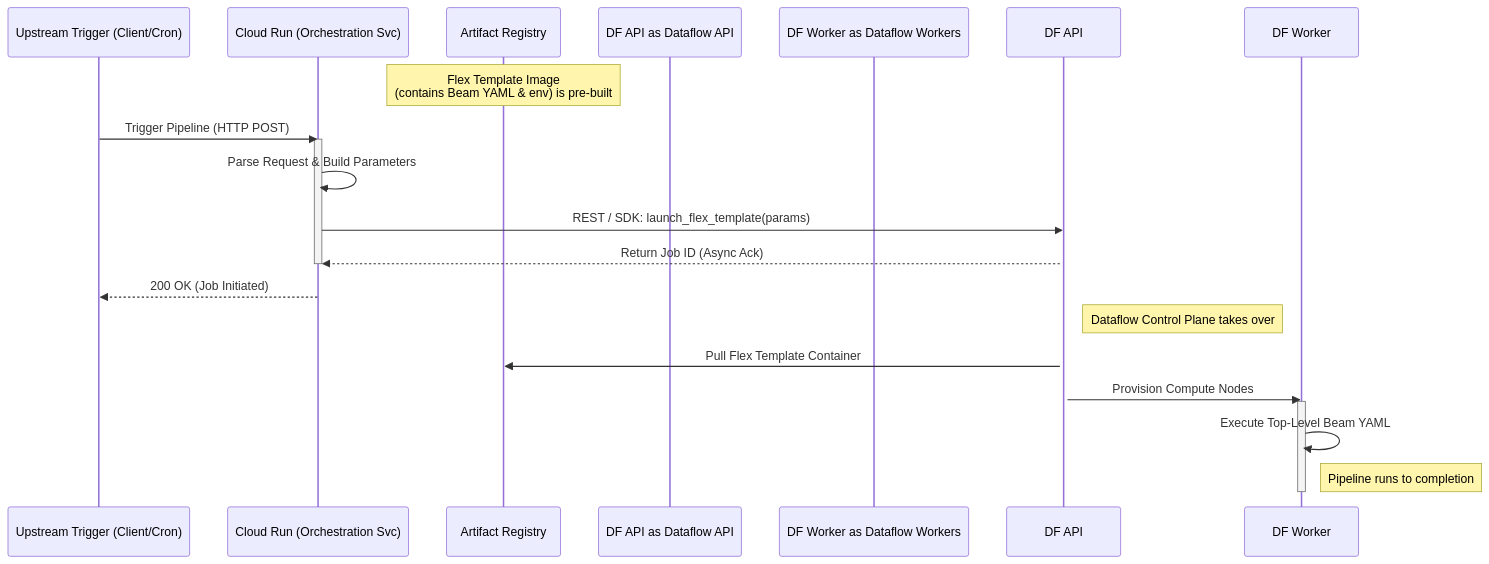
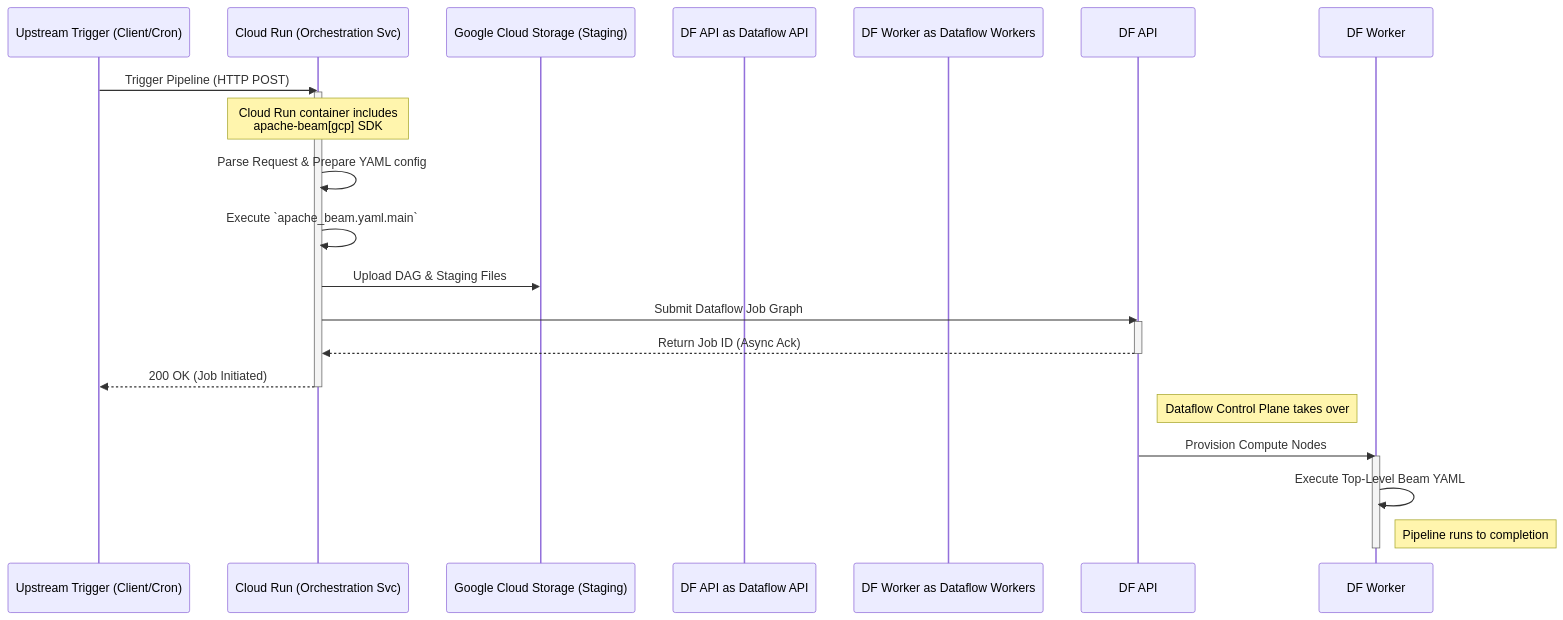
One commit to nvd11/gcp-event-driven-etl-beam-yaml changed the diagram in docs/cloud_run_orchestration_design.md. Above: the diagram before and after it, drawn with Mermaid. The commit also changed other lines of this file, not shown here.

Commit message:
docs: switch orchestration design to Option B (direct yaml launch) due to flex template blocker

````diff
--- a/docs/cloud_run_orchestration_design.md
+++ b/docs/cloud_run_orchestration_design.md
@@ -50,27 +49,28 @@
 ```mermaid
 sequenceDiagram
     participant Client as Upstream Trigger (Client/Cron)
     participant CR as Cloud Run (Orchestration Svc)
-    participant AR as Artifact Registry
+    participant GCS as Google Cloud Storage (Staging)
     participant DF API as Dataflow API
     participant DF Worker as Dataflow Workers
 
-    Note over AR: Flex Template Image<br/>(contains Beam YAML & env) is pre-built
-    
     Client->>CR: Trigger Pipeline (HTTP POST)
     activate CR
-    CR->>CR: Parse Request & Build Parameters
-    CR->>DF API: REST / SDK: launch_flex_template(params)
+    Note over CR: Cloud Run container includes<br/>apache-beam[gcp] SDK
+    CR->>CR: Parse Request & Prepare YAML config
+    CR->>CR: Execute `apache_beam.yaml.main`
+    CR->>GCS: Upload DAG & Staging Files
+    CR->>DF API: Submit Dataflow Job Graph
     activate DF API
     DF API-->>CR: Return Job ID (Async Ack)
+    deactivate DF API
+    CR-->>Client: 200 OK (Job Initiated)
     deactivate CR
-    CR-->>Client: 200 OK (Job Initiated)
     
     Note right of DF API: Dataflow Control Plane takes over
-    DF API->>AR: Pull Flex Template Container
     DF API->>DF Worker: Provision Compute Nodes
     activate DF Worker
     DF Worker->>DF Worker: Execute Top-Level Beam YAML
     Note right of DF Worker: Pipeline runs to completion
     deactivate DF Worker
 ```
````
